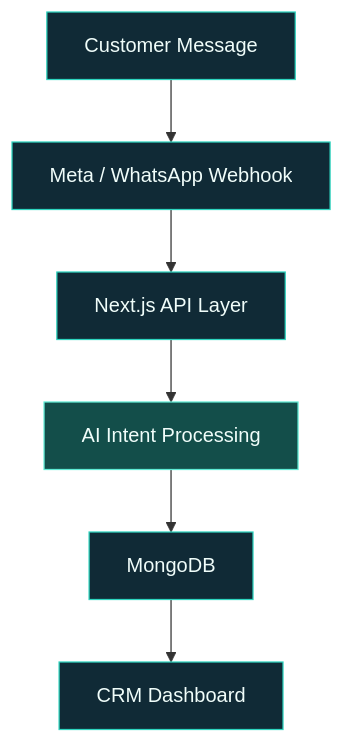
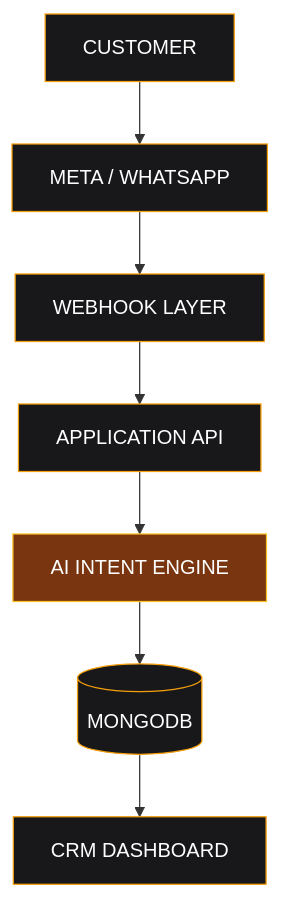
One commit to Talha0708/Talha0708 changed the first of 2 diagrams in README.md. Above: the diagram before and after it, drawn with Mermaid. The commit also changed other lines of this file, not shown here.

````diff
--- a/README.md
+++ b/README.md
@@ -139,15 +171,17 @@
 ```mermaid
 flowchart TD
-    A["Customer Message"] --> B["Meta / WhatsApp Webhook"]
-    B --> C["Next.js API Layer"]
-    C --> D["AI Intent Processing"]
-    D --> E["MongoDB"]
-    E --> F["CRM Dashboard"]
+    U["CUSTOMER"] --> M["META / WHATSAPP"]
+    M --> W["WEBHOOK LAYER"]
+    W --> A["APPLICATION API"]
+    A --> AI["AI INTENT ENGINE"]
+    AI --> DB[("MONGODB")]
+    DB --> D["CRM DASHBOARD"]
 
-    style A fill:#102A36,stroke:#2DD4BF,color:#F0FDFA
-    style B fill:#102A36,stroke:#2DD4BF,color:#F0FDFA
-    style C fill:#102A36,stroke:#2DD4BF,color:#F0FDFA
-    style D fill:#134E4A,stroke:#5EEAD4,color:#F0FDFA
-    style E fill:#102A36,stroke:#2DD4BF,color:#F0FDFA
-    style F fill:#102A36,stroke:#2DD4BF,color:#F0FDFA
+    style U fill:#18181B,stroke:#F59E0B,color:#fff
+    style M fill:#18181B,stroke:#F59E0B,color:#fff
+    style W fill:#18181B,stroke:#F59E0B,color:#fff
+    style A fill:#18181B,stroke:#F59E0B,color:#fff
+    style AI fill:#78350F,stroke:#FBBF24,color:#fff
+    style DB fill:#18181B,stroke:#F59E0B,color:#fff
+    style D fill:#18181B,stroke:#F59E0B,color:#fff
 ```
````
